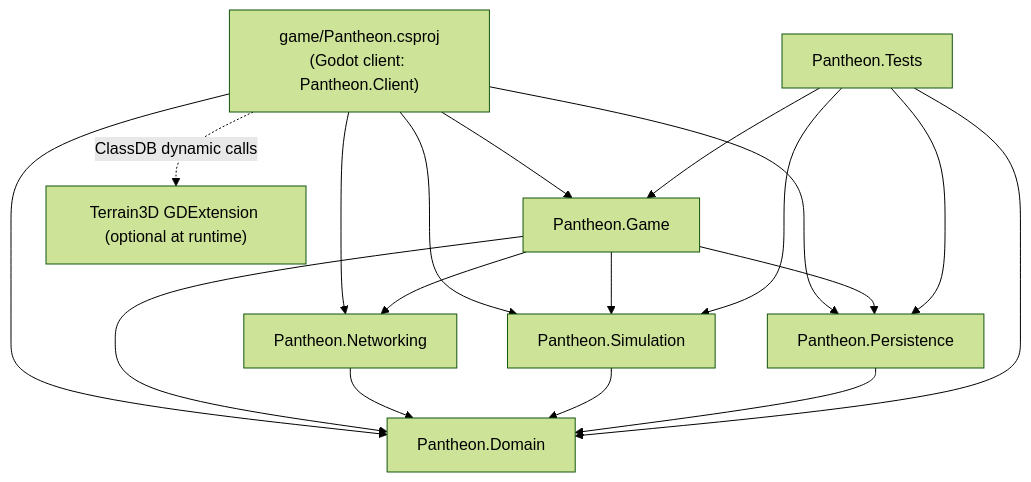
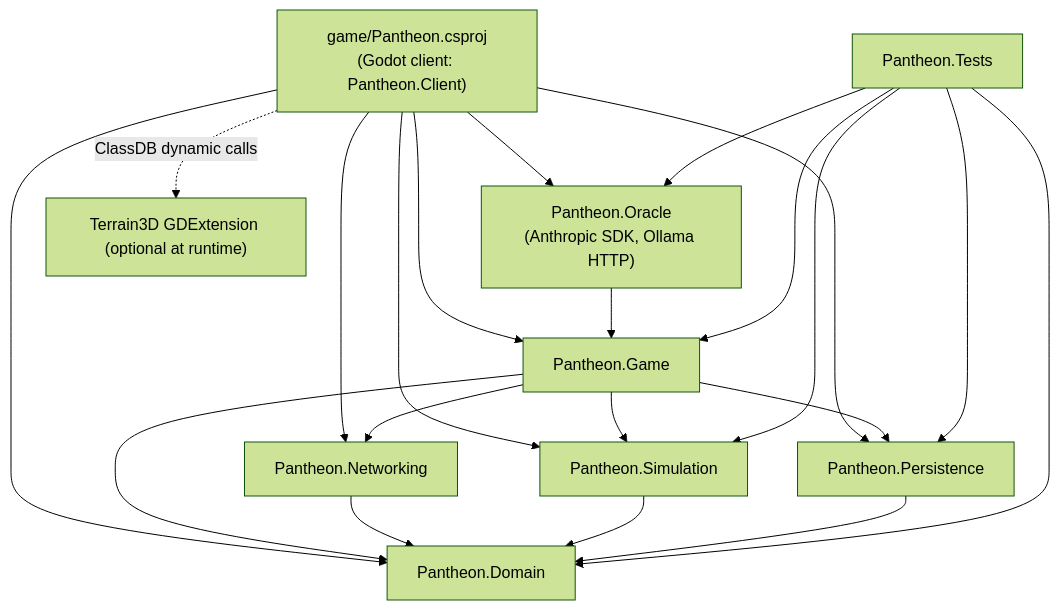
One commit to roeyazroel/pantheon changed the first of 36 diagrams in docs/ARCHITECTURE.md. Above: the diagram before and after it, drawn with Mermaid (forest theme). The commit also changed other lines of this file and 104 other files, not shown here.

````diff
--- a/docs/ARCHITECTURE.md
+++ b/docs/ARCHITECTURE.md
@@ -86,29 +90,33 @@
 ```mermaid
 graph TD
     Client["game/Pantheon.csproj<br/>(Godot client: Pantheon.Client)"]
     Game["Pantheon.Game"]
     Sim["Pantheon.Simulation"]
     Persist["Pantheon.Persistence"]
     Domain["Pantheon.Domain"]
     Net["Pantheon.Networking"]
+    Oracle["Pantheon.Oracle<br/>(Anthropic SDK, Ollama HTTP)"]
     Tests["Pantheon.Tests"]
     T3D["Terrain3D GDExtension (optional at runtime)"]
 
     Client --> Game
     Client --> Sim
     Client --> Persist
     Client --> Domain
     Client --> Net
+    Client --> Oracle
+    Oracle --> Game
     Client -. "ClassDB dynamic calls" .-> T3D
     Game --> Sim
     Game --> Persist
     Game --> Domain
     Game --> Net
     Net --> Domain
     Sim --> Domain
     Persist --> Domain
     Tests --> Game
     Tests --> Sim
     Tests --> Persist
     Tests --> Domain
+    Tests --> Oracle
 ```
````
